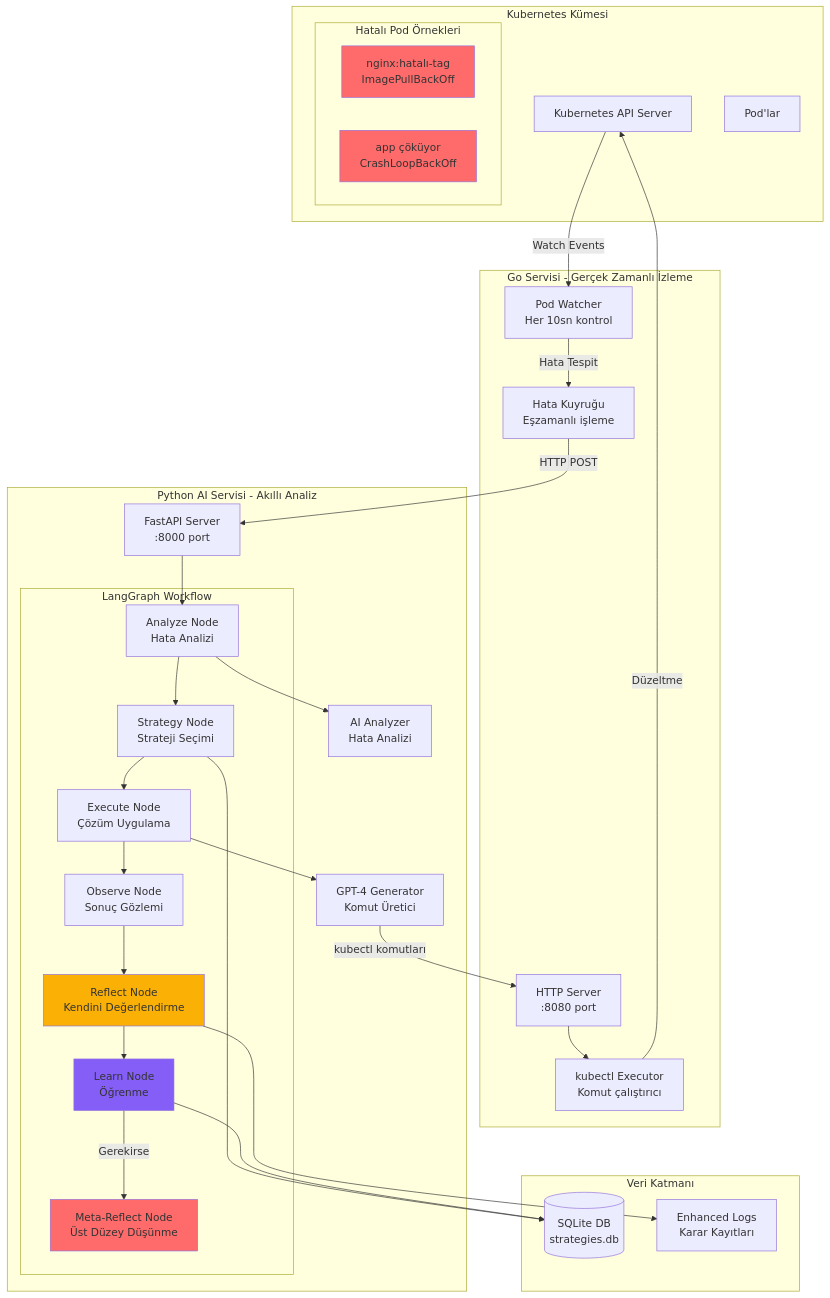
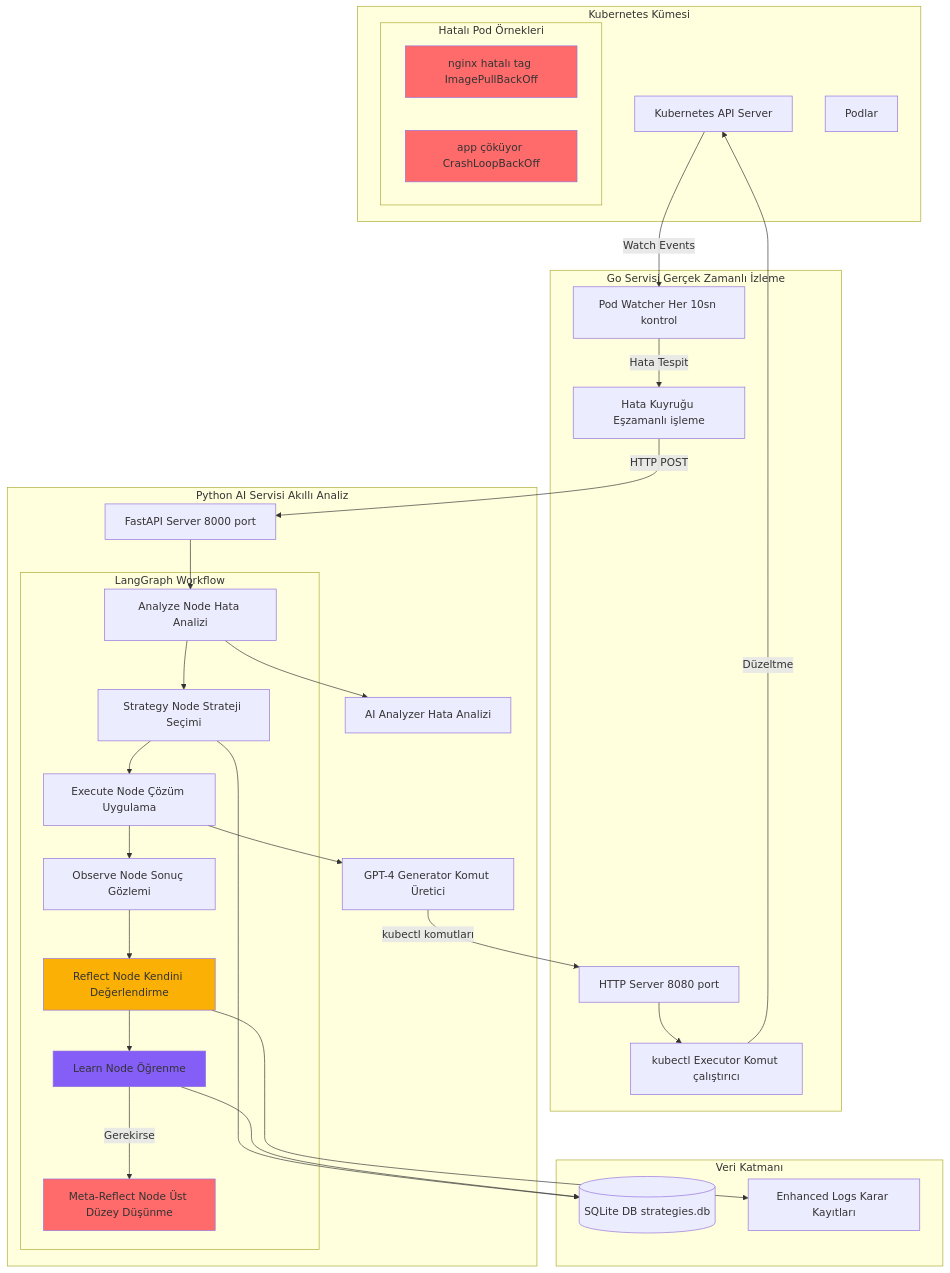
Before and after one commit to mmsuerkan/kubernetes-thesis: the second of 3 diagrams in README.md, drawn with Mermaid. The commit also changed other lines of this file, not shown here.

Commit message:
fix: Mermaid diagram syntax - remove line breaks and special characters

````diff
--- a/README.md
+++ b/README.md
@@ -75,70 +75,70 @@
 ```mermaid
 graph TB
     subgraph "Kubernetes Kümesi"
         K8S_API[Kubernetes API Server]
-        PODS[Pod'lar]
+        PODS[Podlar]
         
         subgraph "Hatalı Pod Örnekleri"
-            IMG_ERR[nginx:hatalı-tag<br/>ImagePullBackOff]
-            CRASH_ERR[app çöküyor<br/>CrashLoopBackOff]
+            IMG_ERR[nginx hatalı tag ImagePullBackOff]
+            CRASH_ERR[app çöküyor CrashLoopBackOff]
         end
     end
     
-    subgraph "Go Servisi - Gerçek Zamanlı İzleme"
-        WATCHER[Pod Watcher<br/>Her 10sn kontrol]
-        ERROR_Q[Hata Kuyruğu<br/>Eşzamanlı işleme]
-        HTTP_SERVER[HTTP Server<br/>:8080 port]
-        KUBECTL[kubectl Executor<br/>Komut çalıştırıcı]
+    subgraph "Go Servisi Gerçek Zamanlı İzleme"
+        WATCHER[Pod Watcher Her 10sn kontrol]
+        ERROR_Q[Hata Kuyruğu Eşzamanlı işleme]
+        HTTP_SERVER[HTTP Server 8080 port]
+        KUBECTL[kubectl Executor Komut çalıştırıcı]
     end
     
-    subgraph "Python AI Servisi - Akıllı Analiz"
-        FASTAPI[FastAPI Server<br/>:8000 port]
+    subgraph "Python AI Servisi Akıllı Analiz"
+        FASTAPI[FastAPI Server 8000 port]
         
         subgraph "LangGraph Workflow"
-            ANALYZE[Analyze Node<br/>Hata Analizi]
-            STRATEGY[Strategy Node<br/>Strateji Seçimi]
-            EXECUTE[Execute Node<br/>Çözüm Uygulama]
-            OBSERVE[Observe Node<br/>Sonuç Gözlemi]
-            REFLECT[Reflect Node<br/>Kendini Değerlendirme]
-            LEARN[Learn Node<br/>Öğrenme]
-            META[Meta-Reflect Node<br/>Üst Düzey Düşünme]
+            ANALYZE[Analyze Node Hata Analizi]
+            STRATEGY[Strategy Node Strateji Seçimi]
+            EXECUTE[Execute Node Çözüm Uygulama]
+            OBSERVE[Observe Node Sonuç Gözlemi]
+            REFLECT[Reflect Node Kendini Değerlendirme]
+            LEARN[Learn Node Öğrenme]
+            META[Meta-Reflect Node Üst Düzey Düşünme]
         end
         
-        ANALYZER[AI Analyzer<br/>Hata Analizi]
-        GPT4[GPT-4 Generator<br/>Komut Üretici]
+        ANALYZER[AI Analyzer Hata Analizi]
+        GPT4[GPT-4 Generator Komut Üretici]
     end
     
     subgraph "Veri Katmanı"
-        SQLITE[(SQLite DB<br/>strategies.db)]
-        LOGS[Enhanced Logs<br/>Karar Kayıtları]
+        SQLITE[(SQLite DB strategies.db)]
+        LOGS[Enhanced Logs Karar Kayıtları]
     end
     
     K8S_API -->|Watch Events| WATCHER
     WATCHER -->|Hata Tespit| ERROR_Q
     ERROR_Q -->|HTTP POST| FASTAPI
     
     FASTAPI --> ANALYZE
     ANALYZE --> STRATEGY
     STRATEGY --> EXECUTE
     EXECUTE --> OBSERVE
     OBSERVE --> REFLECT
     REFLECT --> LEARN
     LEARN -->|Gerekirse| META
     
     ANALYZE --> ANALYZER
     STRATEGY --> SQLITE
     EXECUTE --> GPT4
     
     GPT4 -->|kubectl komutları| HTTP_SERVER
     HTTP_SERVER --> KUBECTL
     KUBECTL -->|Düzeltme| K8S_API
     
     LEARN --> SQLITE
     REFLECT --> LOGS
     
     style IMG_ERR fill:#ff6b6b
     style CRASH_ERR fill:#ff6b6b
     style REFLECT fill:#fab005
     style LEARN fill:#845ef7
     style META fill:#ff6b6b
 ```
````
